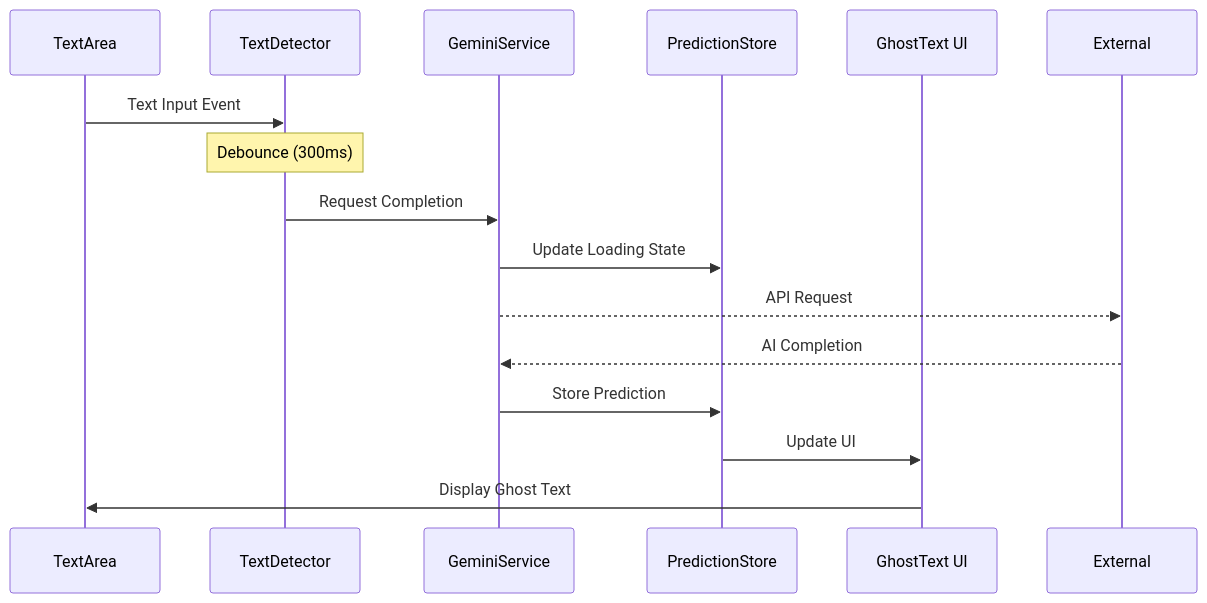
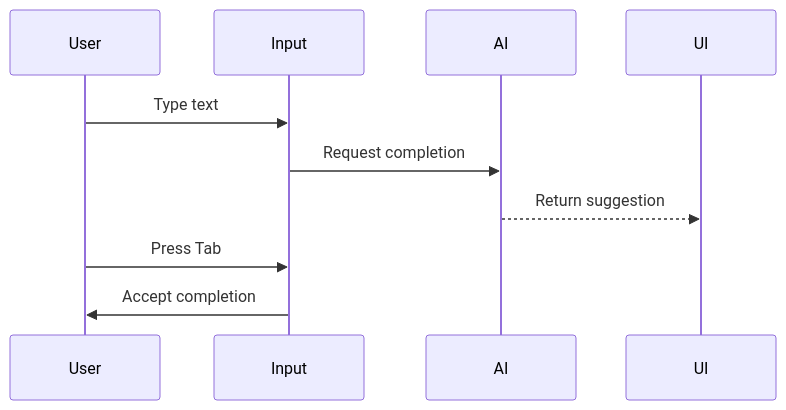
One commit to vasantsaladi/GhostType-AI changed the third of 8 diagrams in client/ARCHITECTURE.md. Above: the diagram before and after it, drawn with Mermaid. The commit also changed other lines of this file and 42 other files, not shown here.

````diff
--- a/client/ARCHITECTURE.md
+++ b/client/ARCHITECTURE.md
@@ -50,18 +44,13 @@
 ```mermaid
 sequenceDiagram
-    participant TA as TextArea
-    participant TD as TextDetector
-    participant GS as GeminiService
-    participant PS as PredictionStore
-    participant GT as GhostText UI
+    participant User
+    participant Input
+    participant AI
+    participant UI
 
-    TA->>TD: Text Input Event
-    Note over TD: Debounce (300ms)
-    TD->>GS: Request Completion
-    GS->>PS: Update Loading State
-    GS-->>External: API Request
-    External-->>GS: AI Completion
-    GS->>PS: Store Prediction
-    PS->>GT: Update UI
-    GT->>TA: Display Ghost Text
+    User->>Input: Type text
+    Input->>AI: Request completion
+    AI-->>UI: Return suggestion
+    User->>Input: Press Tab
+    Input->>User: Accept completion
 ```
````
